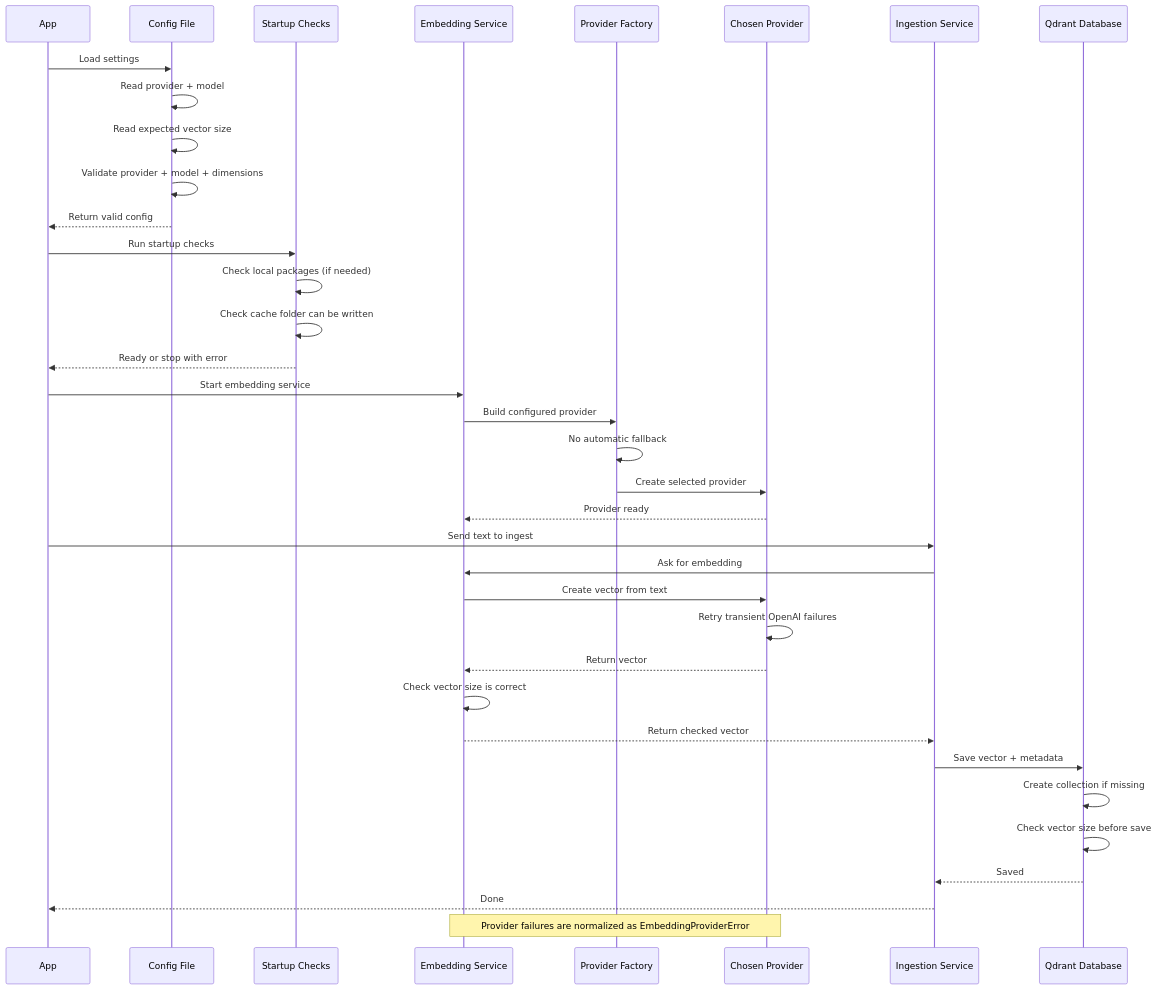
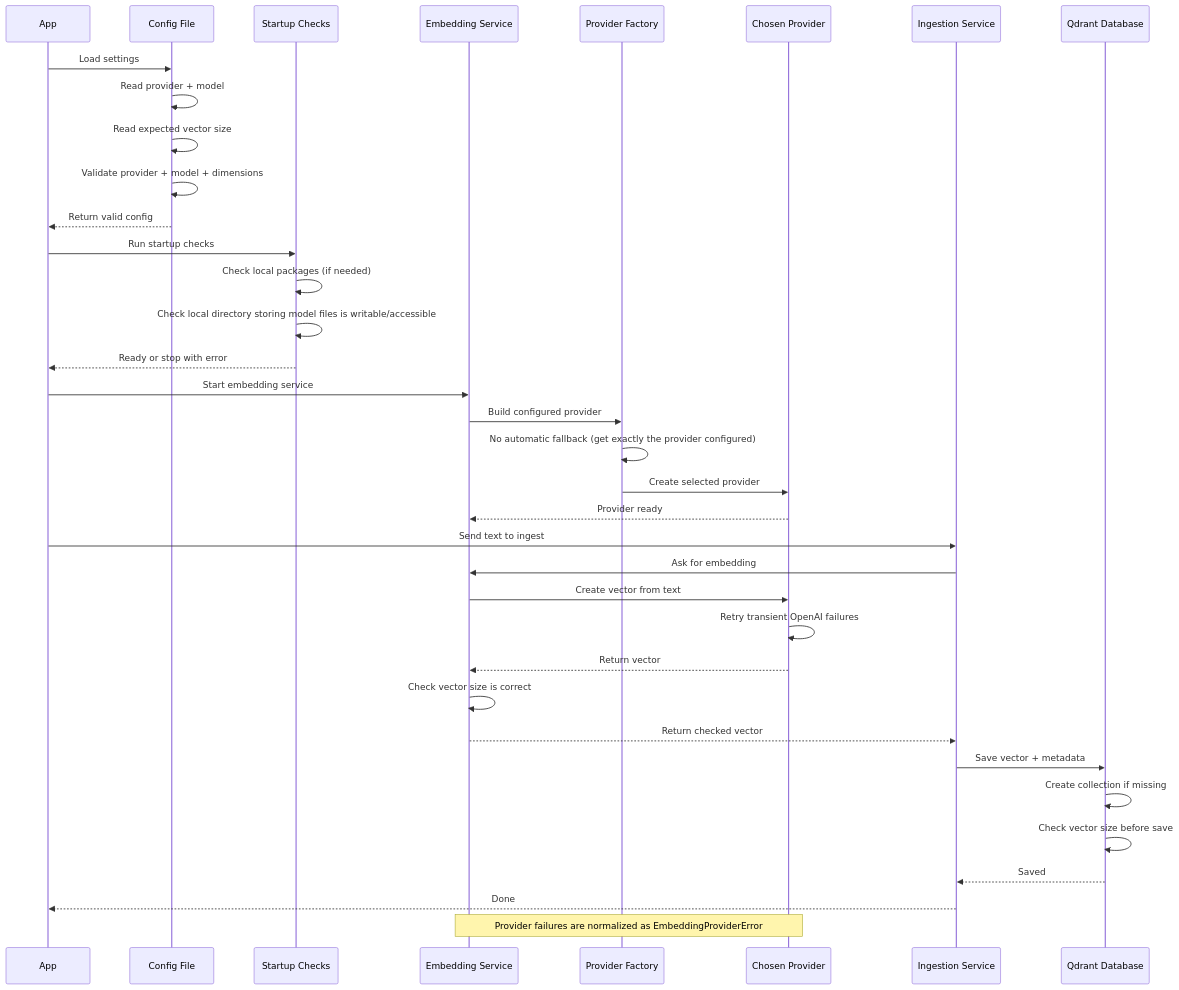
One commit to UtpalMattoo/dcker_mcp_setup changed the third of 3 diagrams in README.md. Above: the diagram before and after it, drawn with Mermaid. The commit also changed 2 other files, not shown here.

Commit message:
Update mermaid diagram clarity and remove empty requirements.txt files
- Update sequence diagram: 'Check cache folder can be written' → 'Check local directory storing model files is writable/accessible'
- Update sequence diagram: 'No automatic fallback' → 'No automatic fallback (get exactly the provider configured)'
- Remove services/main_starter_service/requirements.txt (empty placeholder)
- Remove services/second-service-custom-mcp-work/requirements.txt (empty placeholder)
- Both services use .devcontainer/requirements.txt via docker-compose volume mounts

````diff
--- a/README.md
+++ b/README.md
@@ -238,44 +238,44 @@
 ```mermaid
 sequenceDiagram
 	participant App as App
 	participant Config as Config File
 	participant Health as Startup Checks
 	participant Embed as Embedding Service
 	participant Factory as Provider Factory
 	participant Provider as Chosen Provider
 	participant Ingest as Ingestion Service
 	participant DB as Qdrant Database
 
 	App->>Config: Load settings
 	Config->>Config: Read provider + model
 	Config->>Config: Read expected vector size
 	Config->>Config: Validate provider + model + dimensions
 	Config-->>App: Return valid config
 
 	App->>Health: Run startup checks
 	Health->>Health: Check local packages (if needed)
-	Health->>Health: Check cache folder can be written
+	Health->>Health: Check local directory storing model files is writable/accessible
 	Health-->>App: Ready or stop with error
 
 	App->>Embed: Start embedding service
 	Embed->>Factory: Build configured provider
-	Factory->>Factory: No automatic fallback
+	Factory->>Factory: No automatic fallback (get exactly the provider configured)
 	Factory->>Provider: Create selected provider
 	Provider-->>Embed: Provider ready
 
 	App->>Ingest: Send text to ingest
 	Ingest->>Embed: Ask for embedding
 	Embed->>Provider: Create vector from text
 	Provider->>Provider: Retry transient OpenAI failures
 	Provider-->>Embed: Return vector
 	Embed->>Embed: Check vector size is correct
 	Embed-->>Ingest: Return checked vector
 
 	Ingest->>DB: Save vector + metadata
 	DB->>DB: Create collection if missing
 	DB->>DB: Check vector size before save
 	DB-->>Ingest: Saved
 	Ingest-->>App: Done
 
 	Note over Provider,Embed: Provider failures are normalized as EmbeddingProviderError
 ```
````
